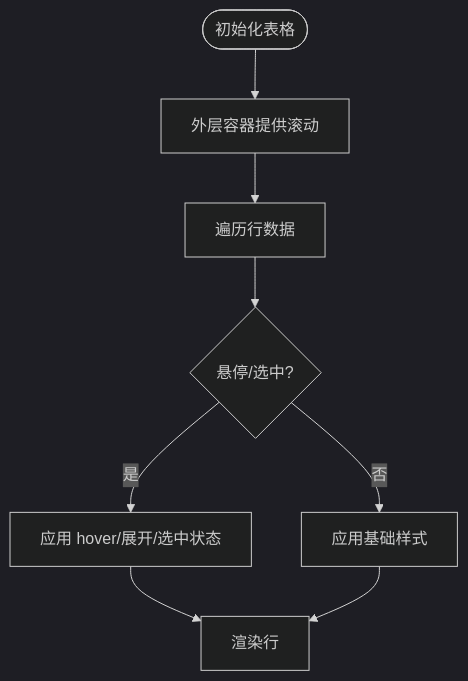
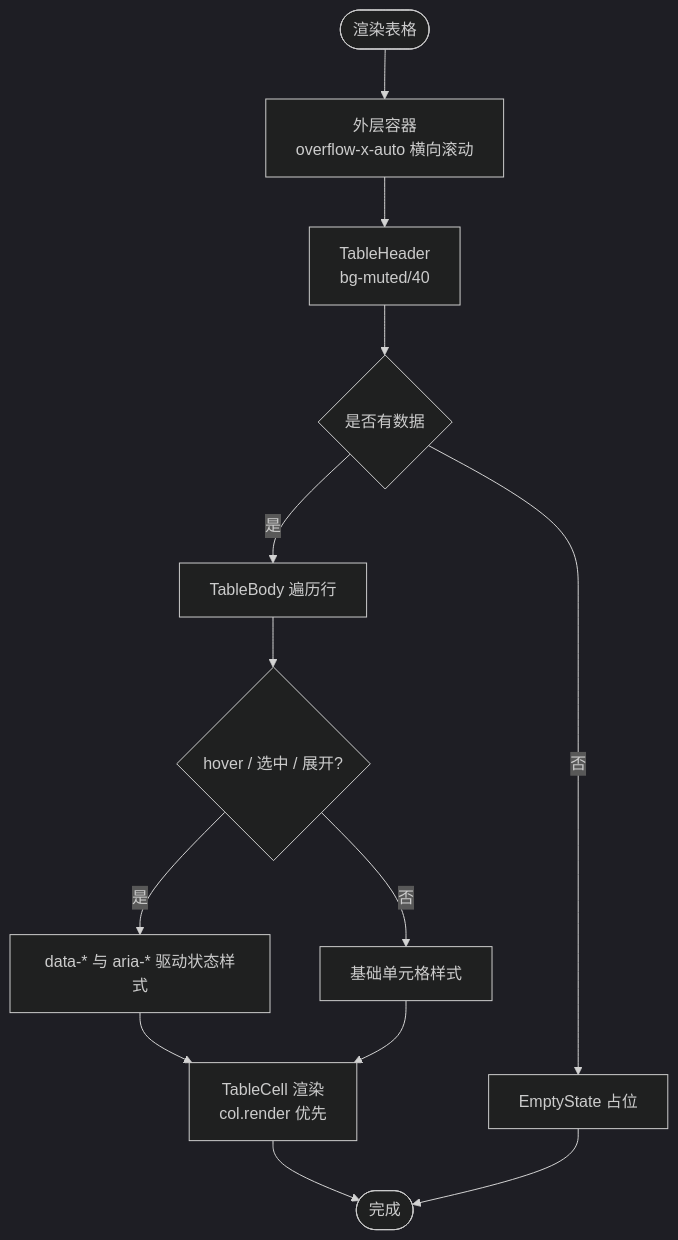
One commit to x01n/My-OpenWaf changed the fifth of 7 diagrams in docs/前端管理界面/组件设计模式/UI 原子组件模式.md. Above: the diagram before and after it, drawn with Mermaid (dark theme). The commit also changed other lines of this file and 622 other files, not shown here.

````diff
--- a/docs/前端管理界面/组件设计模式/UI 原子组件模式.md
+++ b/docs/前端管理界面/组件设计模式/UI 原子组件模式.md
@@ -336,10 +360,15 @@
 ```mermaid
 flowchart TD
-Init(["初始化表格"]) --> Container["外层容器提供滚动"]
-Container --> Rows["遍历行数据"]
-Rows --> Hover{"悬停/选中?"}
-Hover --> |是| State["应用 hover/展开/选中状态"]
-Hover --> |否| Base["应用基础样式"]
-State --> Render["渲染行"]
-Base --> Render
+  Init(["渲染表格"]) --> Wrap["外层容器<br/>overflow-x-auto 横向滚动"]
+  Wrap --> Head["TableHeader<br/>bg-muted/40"]
+  Head --> Rows{"是否有数据"}
+  Rows --> |否| Empty["EmptyState 占位"]
+  Rows --> |是| Body["TableBody 遍历行"]
+  Body --> State{"hover / 选中 / 展开?"}
+  State --> |是| Applied["data-* 与 aria-* 驱动状态样式"]
+  State --> |否| Base["基础单元格样式"]
+  Applied --> Cell["TableCell 渲染<br/>col.render 优先"]
+  Base --> Cell
+  Cell --> Done(["完成"])
+  Empty --> Done
 ```
````
